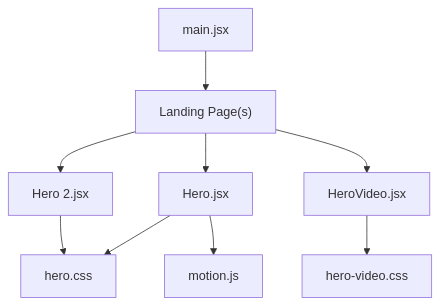
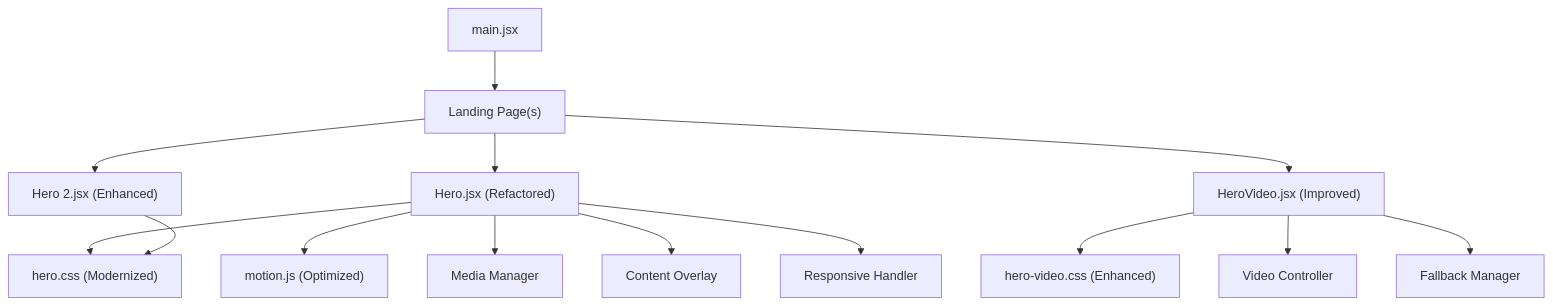
Before and after one commit to Theja4/podiummomentum: the first of 6 diagrams in .qoder/repowiki/en/content/Component Architecture/Landing Page Components/Hero Sections.md, drawn with Mermaid. The commit also changed other lines of this file and 24 other files, not shown here.

````diff
--- a/.qoder/repowiki/en/content/Component Architecture/Landing Page Components/Hero Sections.md
+++ b/.qoder/repowiki/en/content/Component Architecture/Landing Page Components/Hero Sections.md
@@ -48,11 +49,16 @@
 ```mermaid
 graph TB
 A["main.jsx"] --> B["Landing Page(s)"]
-B --> C["Hero.jsx"]
-B --> D["Hero 2.jsx"]
-C --> E["hero.css"]
-C --> F["motion.js"]
+B --> C["Hero.jsx (Refactored)"]
+B --> D["Hero 2.jsx (Enhanced)"]
+C --> E["hero.css (Modernized)"]
+C --> F["motion.js (Optimized)"]
 D --> E
-B --> G["HeroVideo.jsx"]
-G --> H["hero-video.css"]
+B --> G["HeroVideo.jsx (Improved)"]
+G --> H["hero-video.css (Enhanced)"]
+C --> I["Media Manager"]
+C --> J["Content Overlay"]
+C --> K["Responsive Handler"]
+G --> L["Video Controller"]
+G --> M["Fallback Manager"]
 ```
````
